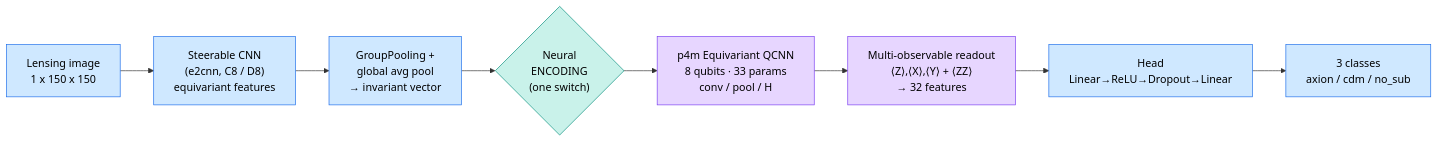
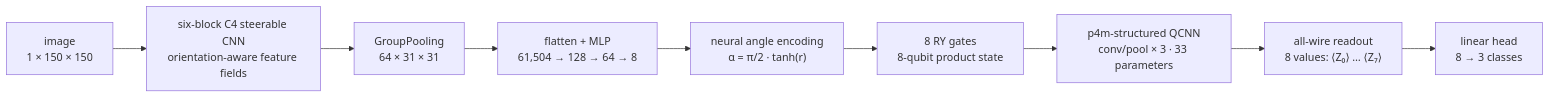
The first of 2 diagrams in README.md (sushmanthreddy/deeplense-quantum), drawn with Mermaid before and after one commit. The commit also changed other lines of this file, not shown here.

````diff
--- a/README.md
+++ b/README.md
@@ -32,18 +61,11 @@
 ```mermaid
 flowchart LR
-    A["Lensing image<br/>1 x 150 x 150"] --> B["Steerable CNN<br/>(e2cnn, C8 / D8)<br/>equivariant features"]
-    B --> C["GroupPooling +<br/>global avg pool<br/>→ invariant vector"]
-    C --> D{"Neural<br/>ENCODING<br/>(one switch)"}
-    D --> E["p4m Equivariant QCNN<br/>8 qubits · 33 params<br/>conv / pool / H"]
-    E --> F["Multi-observable readout<br/>⟨Z⟩,⟨X⟩,⟨Y⟩ + ⟨ZZ⟩<br/>→ 32 features"]
-    F --> G["Head<br/>Linear→ReLU→Dropout→Linear"]
-    G --> H["3 classes<br/>axion / cdm / no_sub"]
-
-    classDef classical fill:#cfe8ff,stroke:#1f6feb,color:#000;
-    classDef bridge fill:#c9f2ea,stroke:#0a8f7f,color:#000;
-    classDef quantum fill:#e7d6ff,stroke:#7b3ff2,color:#000;
-    class A,B,C classical;
-    class D bridge;
-    class E,F quantum;
-    class G,H classical;
+    A["image<br/>1 × 150 × 150"] --> B["six-block C4 steerable CNN<br/>orientation-aware feature fields"]
+    B --> C["GroupPooling<br/>64 × 31 × 31"]
+    C --> D["flatten + MLP<br/>61,504 → 128 → 64 → 8"]
+    D --> E["neural angle encoding<br/>α = π/2 · tanh(r)"]
+    E --> F["8 RY gates<br/>8-qubit product state"]
+    F --> G["p4m-structured QCNN<br/>conv/pool × 3 · 33 parameters"]
+    G --> H["all-wire readout<br/>8 values: ⟨Z₀⟩ … ⟨Z₇⟩"]
+    H --> I["linear head<br/>8 → 3 classes"]
 ```
````
